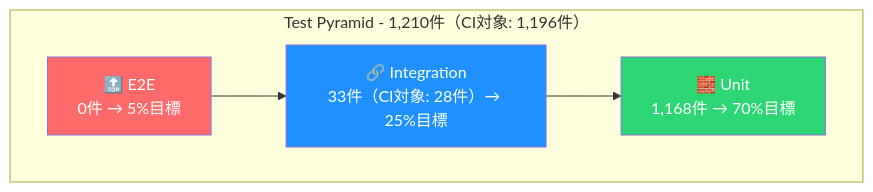
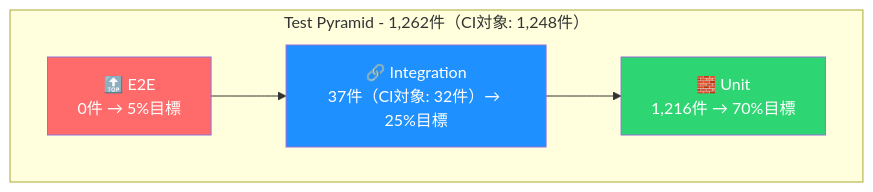
Before and after one commit to yaoki-dev/api-test-devops-portfolio: the second of 3 diagrams in README.md, drawn with Mermaid. The commit also changed other lines of this file and 3 other files, not shown here.

````diff
--- a/README.md
+++ b/README.md
@@ -305,13 +305,13 @@
 ```mermaid
 graph TB
-    subgraph "Test Pyramid - 1,210件（CI対象: 1,196件）"
+    subgraph "Test Pyramid - 1,262件（CI対象: 1,248件）"
         E2E["🔝 E2E<br/>0件 → 5%目標"]
-        Integration["🔗 Integration<br/>33件（CI対象: 28件）→ 25%目標"]
-        Unit["🧱 Unit<br/>1,168件 → 70%目標"]
+        Integration["🔗 Integration<br/>37件（CI対象: 32件）→ 25%目標"]
+        Unit["🧱 Unit<br/>1,216件 → 70%目標"]
     end
     E2E --> Integration --> Unit
 
     style E2E fill:#ff6b6b,color:#fff
     style Integration fill:#1e90ff,color:#fff
     style Unit fill:#2ed573,color:#fff
 ```
````
